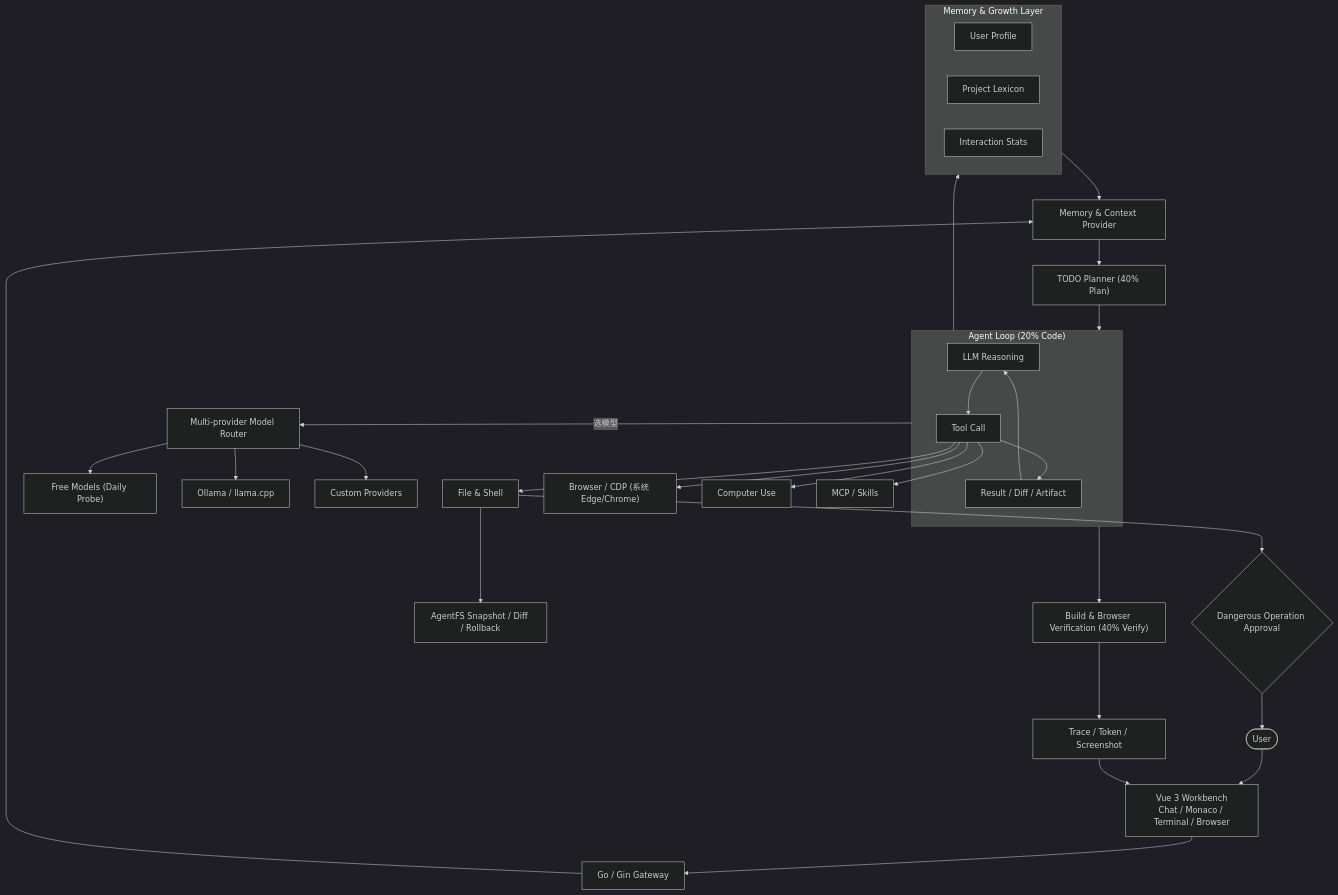
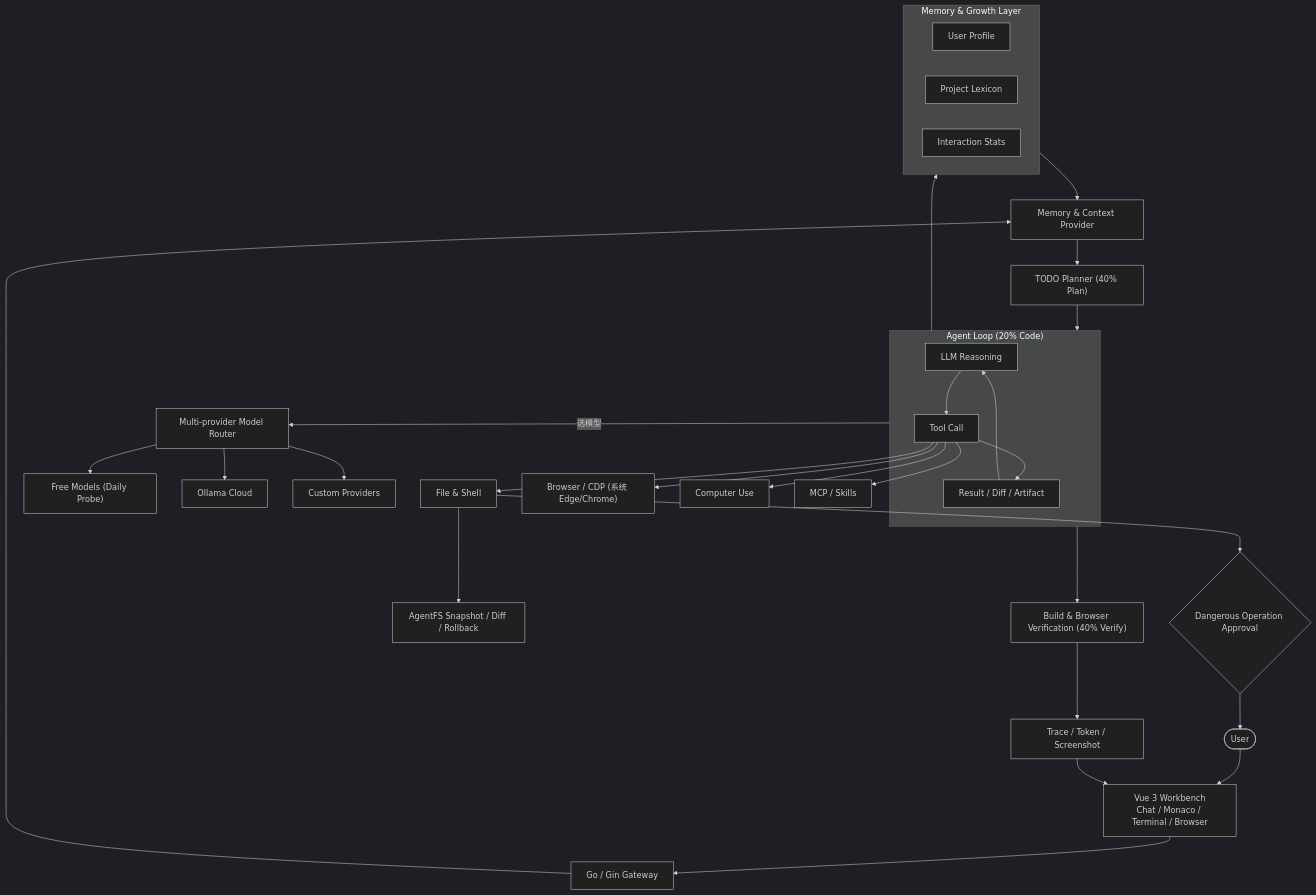
The diagram in README.md (3478556810/re0), drawn with Mermaid (dark theme) before and after one commit. The commit also changed 23 other files, not shown here.

````diff
--- a/README.md
+++ b/README.md
@@ -82,40 +82,40 @@
 ```mermaid
 flowchart TB
     User([User]) --> UI["Vue 3 Workbench<br/>Chat / Monaco / Terminal / Browser"]
     UI --> Gateway["Go / Gin Gateway"]
     Gateway --> Context["Memory & Context Provider"]
     Context --> Planner["TODO Planner (40% Plan)"]
     Planner --> AgentLoop
 
     subgraph AgentLoop ["Agent Loop (20% Code)"]
         LLM["LLM Reasoning"] --> ToolCall["Tool Call"]
         ToolCall --> ToolResult["Result / Diff / Artifact"]
         ToolResult --> LLM
     end
 
     AgentLoop --> Verify["Build & Browser Verification (40% Verify)"]
     Verify --> Trace["Trace / Token / Screenshot"]
     Trace --> UI
 
     AgentLoop -->|选模型| Router["Multi-provider Model Router"]
     Router --> Free["Free Models (Daily Probe)"]
-    Router --> Local["Ollama / llama.cpp"]
+    Router --> Local["Ollama Cloud"]
     Router --> Private["Custom Providers"]
 
     ToolCall --> Files["File & Shell"]
     ToolCall --> Browser["Browser / CDP (系统 Edge/Chrome)"]
     ToolCall --> Computer["Computer Use"]
     ToolCall --> Extensions["MCP / Skills"]
 
     Files --> AgentFS["AgentFS Snapshot / Diff / Rollback"]
     Files --> Gate{"Dangerous Operation Approval"}
     Gate --> User
 
     subgraph Growth ["Memory & Growth Layer"]
         Profile["User Profile"]
         Lexicon["Project Lexicon"]
         Stats["Interaction Stats"]
     end
     AgentLoop --> Growth
     Growth --> Context
 ```
````
